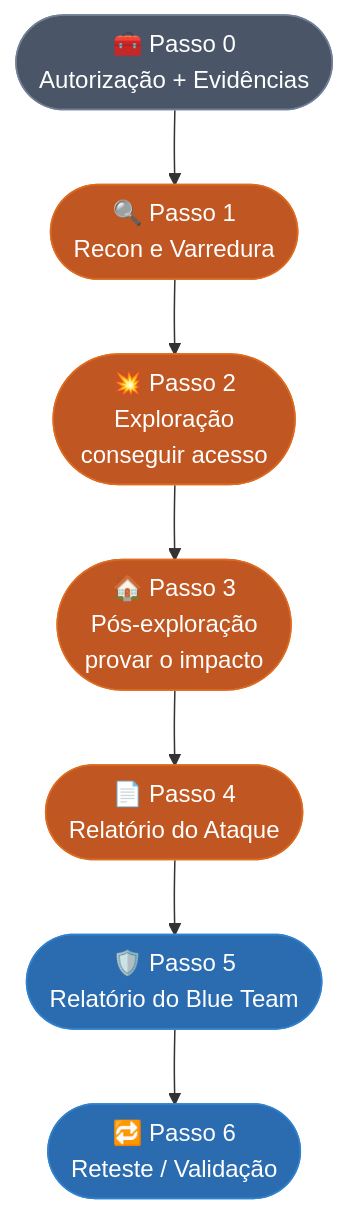
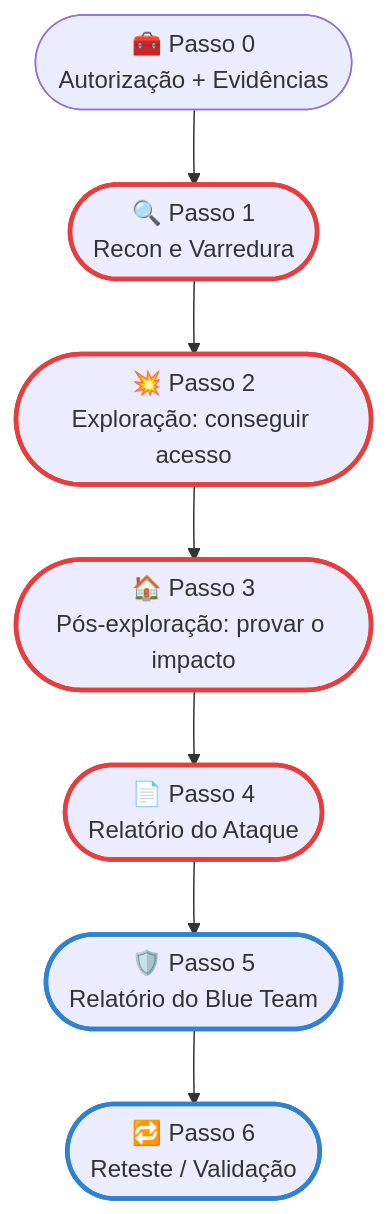
Before and after one commit to wesleyfolly/aulas: the second of 3 diagrams in content/Tópicos/Segurança da informação/Teste de Intrusão Express.md, drawn with Mermaid. The commit also changed other lines of this file, not shown here.

Commit message:
Diagramas: cor semântica via borda (legível em claro+escuro) + <br/> no lugar de \n

````diff
--- a/content/Tópicos/Segurança da informação/Teste de Intrusão Express.md
+++ b/content/Tópicos/Segurança da informação/Teste de Intrusão Express.md
@@ -54,19 +54,17 @@
 ```mermaid
 flowchart TD
-    P0([🧰 Passo 0\nAutorização + Evidências]) --> P1([🔍 Passo 1\nRecon e Varredura])
-    P1 --> P2([💥 Passo 2\nExploração\nconseguir acesso])
-    P2 --> P3([🏠 Passo 3\nPós-exploração\nprovar o impacto])
-    P3 --> P4([📄 Passo 4\nRelatório do Ataque])
-    P4 --> P5([🛡️ Passo 5\nRelatório do Blue Team])
-    P5 --> P6([🔁 Passo 6\nReteste / Validação])
-    classDef prep fill:#4a5568,stroke:#718096,color:#fff
-    classDef atk fill:#c05621,stroke:#dd6b20,color:#fff
-    classDef def fill:#2b6cb0,stroke:#3182ce,color:#fff
-    P0:::prep
+    P0(["🧰 Passo 0<br/>Autorização + Evidências"]) --> P1(["🔍 Passo 1<br/>Recon e Varredura"])
+    P1 --> P2(["💥 Passo 2<br/>Exploração: conseguir acesso"])
+    P2 --> P3(["🏠 Passo 3<br/>Pós-exploração: provar o impacto"])
+    P3 --> P4(["📄 Passo 4<br/>Relatório do Ataque"])
+    P4 --> P5(["🛡️ Passo 5<br/>Relatório do Blue Team"])
+    P5 --> P6(["🔁 Passo 6<br/>Reteste / Validação"])
+    classDef atk stroke:#e53e3e,stroke-width:3px
+    classDef def stroke:#3182ce,stroke-width:3px
     P1:::atk
     P2:::atk
     P3:::atk
     P4:::atk
     P5:::def
     P6:::def
 ```
````
